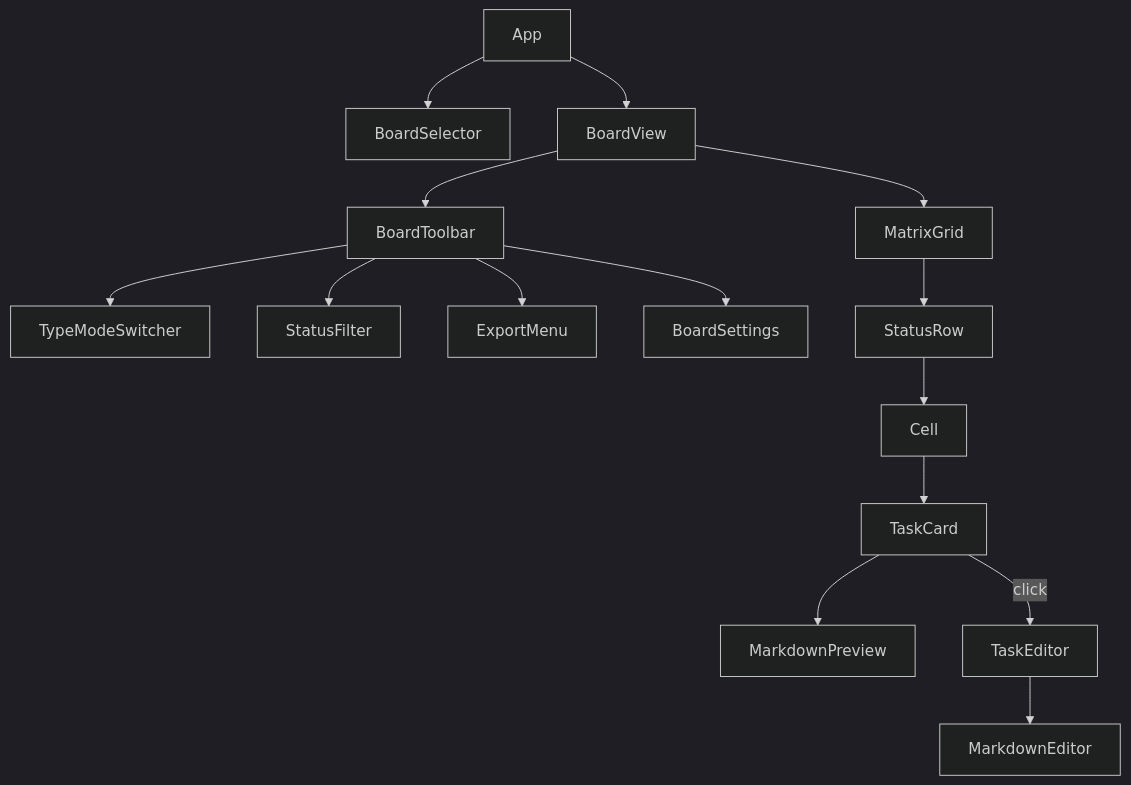
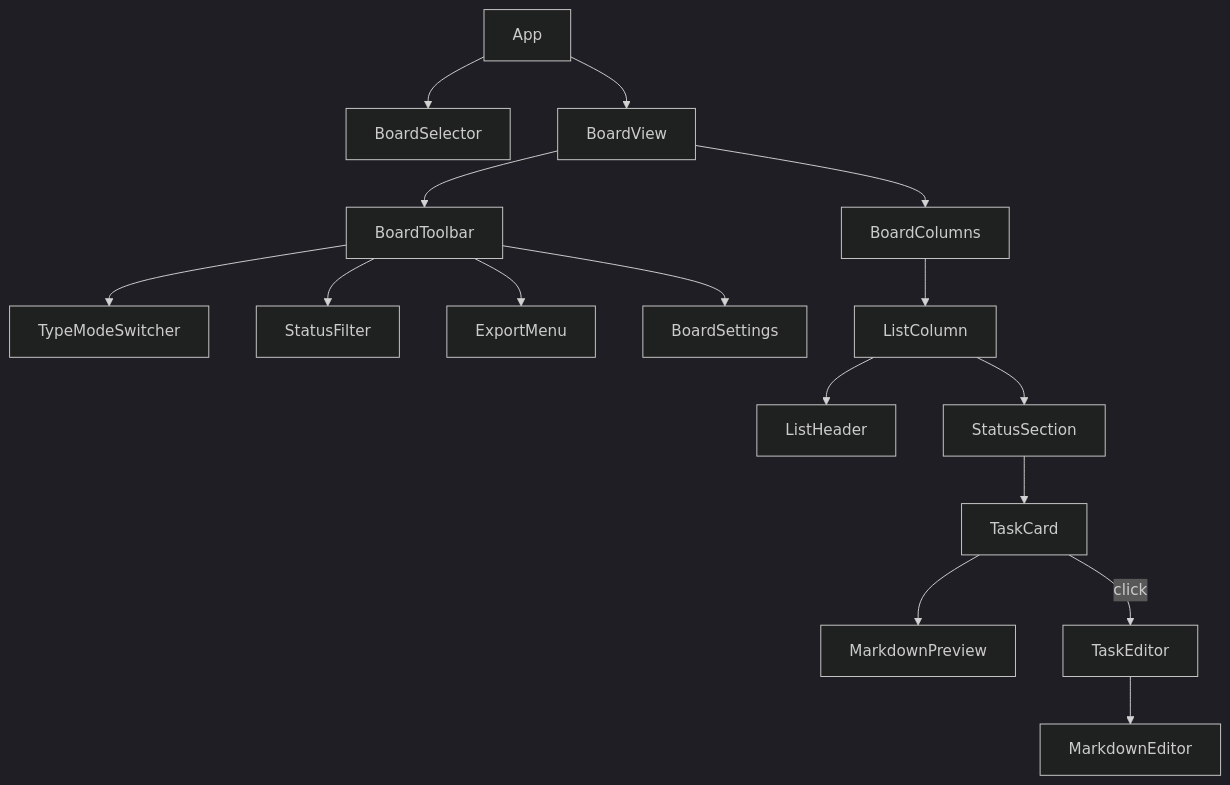
Before and after one commit to hiro-league/hirotaskmanager: the second of 2 diagrams in .cursor/plans/phases_taskmanager_board_app_ae56284c.plan.md, drawn with Mermaid (dark theme). The commit also changed other lines of this file and 52 other files, not shown here.

````diff
--- a/.cursor/plans/phases_taskmanager_board_app_ae56284c.plan.md
+++ b/.cursor/plans/phases_taskmanager_board_app_ae56284c.plan.md
@@ -294,21 +300,22 @@
 ```mermaid
 graph TD
   App --> BoardSelector
   App --> BoardView
 
   BoardView --> BoardToolbar
-  BoardView --> MatrixGrid
+  BoardView --> BoardColumns
 
   BoardToolbar --> TypeModeSwitcher
   BoardToolbar --> StatusFilter
   BoardToolbar --> ExportMenu
   BoardToolbar --> BoardSettings
 
-  MatrixGrid --> StatusRow
-  StatusRow --> Cell
-  Cell --> TaskCard
+  BoardColumns --> ListColumn
+  ListColumn --> ListHeader
+  ListColumn --> StatusSection
+  StatusSection --> TaskCard
 
   TaskCard --> MarkdownPreview
   TaskCard -->|"click"| TaskEditor
   TaskEditor --> MarkdownEditor
 ```
````
